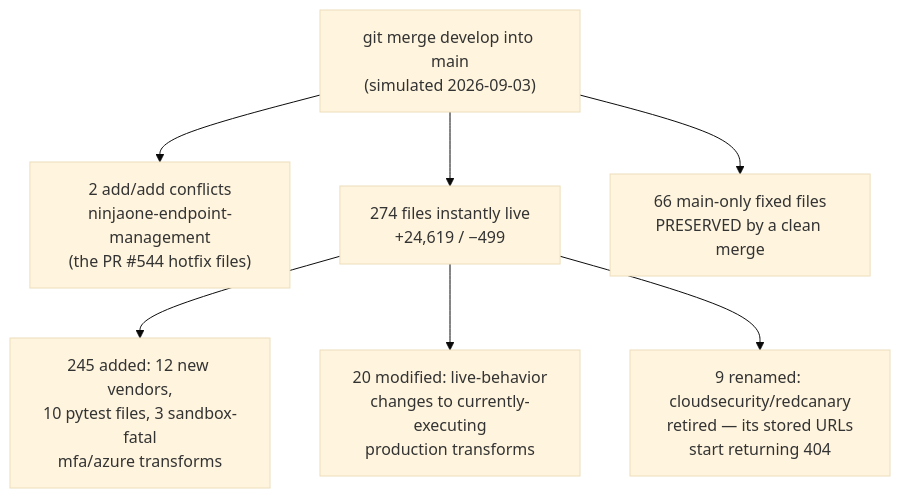
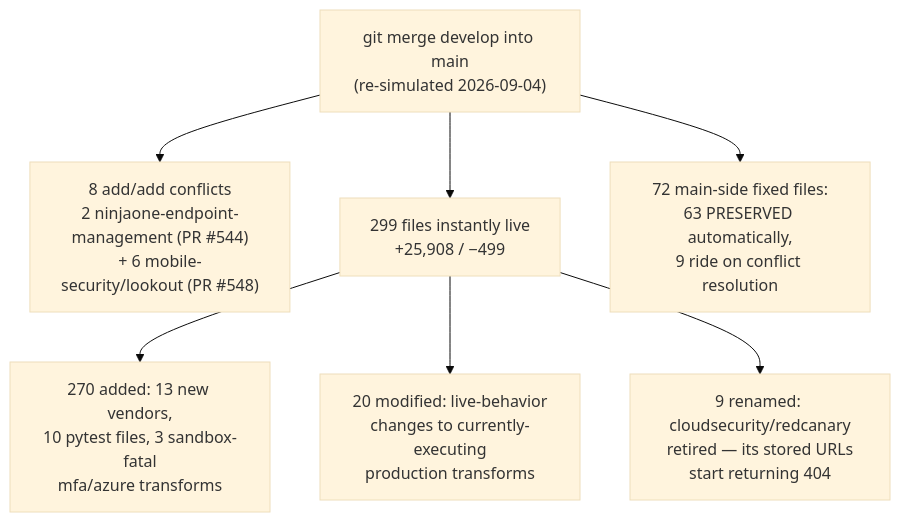
One commit to spektrum-labs/Transformations changed the third of 3 diagrams in docs2/13-release-and-branches.md. Above: the diagram before and after it, drawn with Mermaid (base theme). The commit also changed other lines of this file and 6 other files, not shown here.

````diff
--- a/docs2/13-release-and-branches.md
+++ b/docs2/13-release-and-branches.md
@@ -141,16 +143,16 @@
 ```mermaid
 flowchart TD
-    merge["git merge develop into main<br/>(simulated 2026-09-03)"]
-    conflicts["2 add/add conflicts<br/>ninjaone-endpoint-management<br/>(the PR #544 hotfix files)"]
-    payload["274 files instantly live<br/>+24,619 / −499"]
-    adds["245 added: 12 new vendors,<br/>10 pytest files, 3 sandbox-fatal<br/>mfa/azure transforms"]
+    merge["git merge develop into main<br/>(re-simulated 2026-09-04)"]
+    conflicts["8 add/add conflicts<br/>2 ninjaone-endpoint-management (PR #544)<br/>+ 6 mobile-security/lookout (PR #548)"]
+    payload["299 files instantly live<br/>+25,908 / −499"]
+    adds["270 added: 13 new vendors,<br/>10 pytest files, 3 sandbox-fatal<br/>mfa/azure transforms"]
     mods["20 modified: live-behavior<br/>changes to currently-executing<br/>production transforms"]
     renames["9 renamed: cloudsecurity/redcanary<br/>retired — its stored URLs<br/>start returning 404"]
-    kept["66 main-only fixed files<br/>PRESERVED by a clean merge"]
+    kept["72 main-side fixed files:<br/>63 PRESERVED automatically,<br/>9 ride on conflict resolution"]
     merge --> conflicts
     merge --> payload
     payload --> adds
     payload --> mods
     payload --> renames
     merge --> kept
 ```
````
